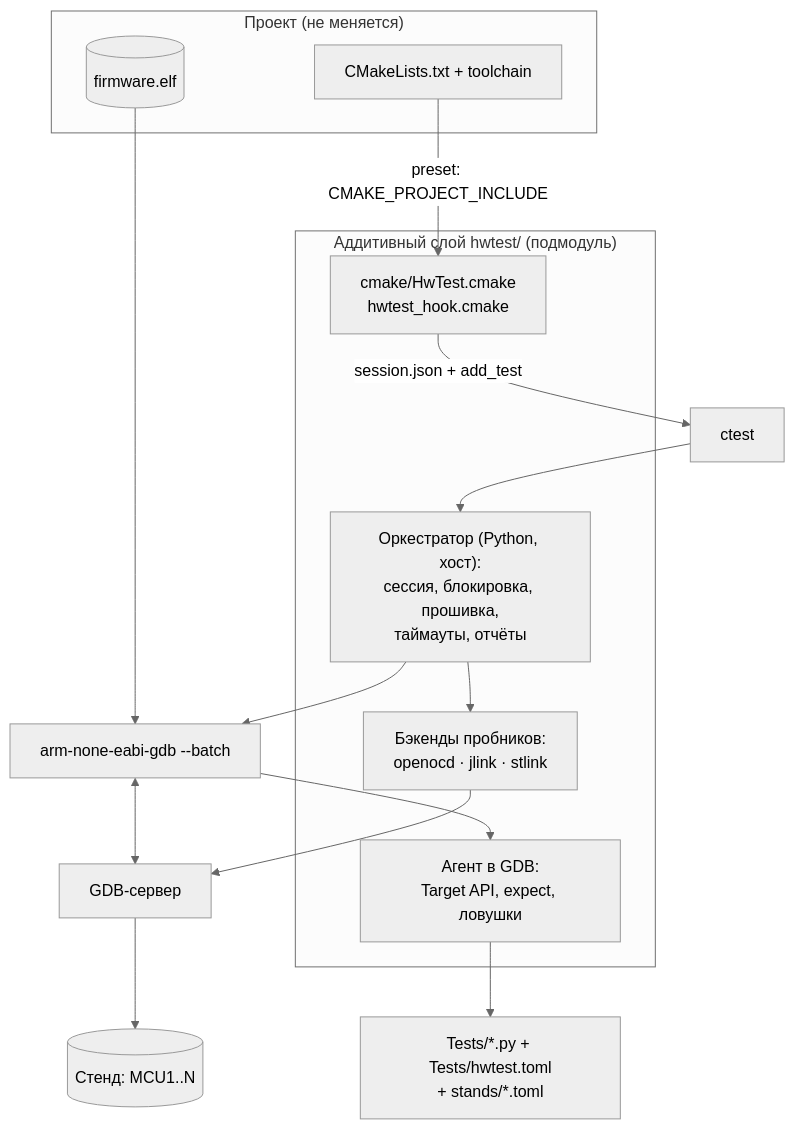
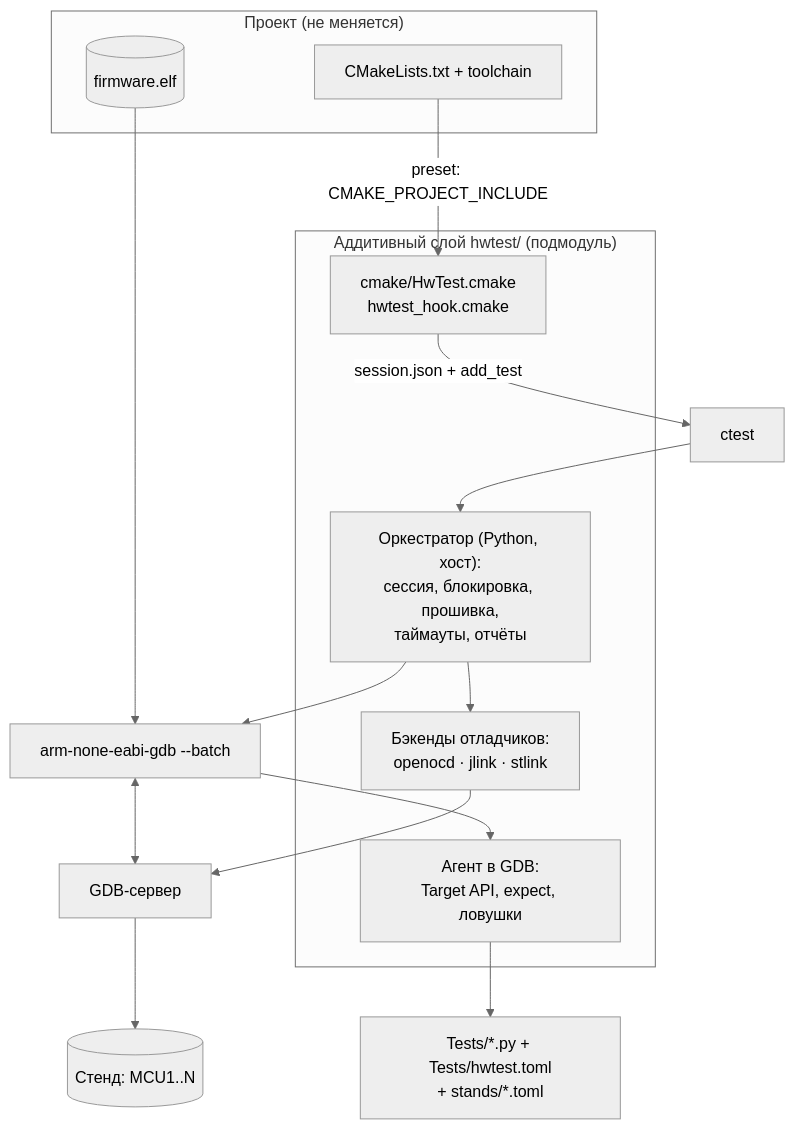
The second of 3 diagrams in docs/HWTEST_ARCHITECTURE.md (ViacheslavMezentsev/stm32-hwtest-blackpill), drawn with Mermaid (neutral theme) before and after one commit. The commit also changed other lines of this file and 9 other files, not shown here.

Commit message:
Document debugger terminology and H503 compatibility roadmap

````diff
--- a/docs/HWTEST_ARCHITECTURE.md
+++ b/docs/HWTEST_ARCHITECTURE.md
@@ -162,22 +168,22 @@
 ```mermaid
 flowchart TB
   subgraph P["Проект (не меняется)"]
     CM["CMakeLists.txt + toolchain"]
     FW[("firmware.elf")]
   end
   subgraph A["Аддитивный слой hwtest/ (подмодуль)"]
     CMK["cmake/HwTest.cmake<br/>hwtest_hook.cmake"]
     ORC["Оркестратор (Python, хост):<br/>сессия, блокировка, прошивка,<br/>таймауты, отчёты"]
-    PRB["Бэкенды пробников:<br/>openocd · jlink · stlink"]
+    PRB["Бэкенды отладчиков:<br/>openocd · jlink · stlink"]
     AGT["Агент в GDB:<br/>Target API, expect, ловушки"]
   end
   T["Tests/*.py + Tests/hwtest.toml<br/>+ stands/*.toml"]
   CM -->|"preset: CMAKE_PROJECT_INCLUDE"| CMK
   CMK -->|"session.json + add_test"| CT["ctest"]
   CT --> ORC
   ORC --> PRB --> GS["GDB-сервер"] --> HW[("Стенд: MCU1..N")]
   ORC --> GDB["arm-none-eabi-gdb --batch"]
   GDB --> AGT --> T
   GDB <--> GS
   FW --> GDB
 ```
````
